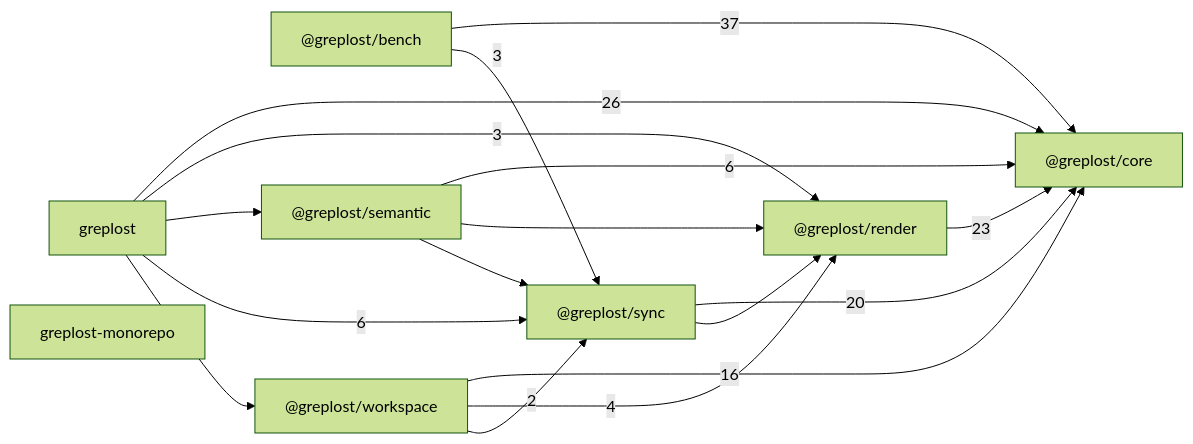
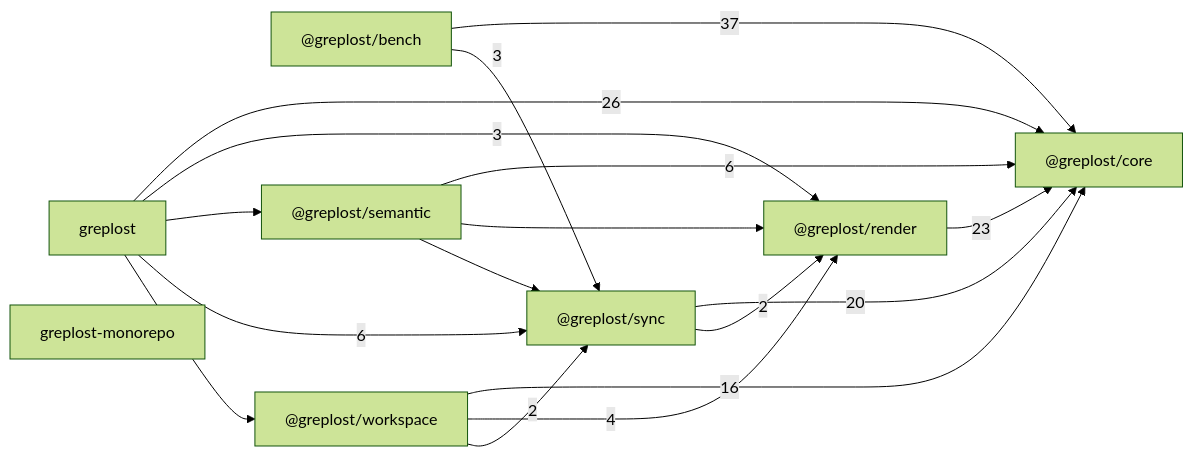
The diagram in .greplost/repo/MAP.md (sns45/greplost), drawn with Mermaid (forest theme) before and after one commit. The commit also changed other lines of this file and 30 other files, not shown here.

````diff
--- a/.greplost/repo/MAP.md
+++ b/.greplost/repo/MAP.md
@@ -21,27 +21,27 @@
 ```mermaid
 graph LR
   _greplost_bench["@greplost/bench"]
   _greplost_core["@greplost/core"]
   _greplost_render["@greplost/render"]
   _greplost_semantic["@greplost/semantic"]
   _greplost_sync["@greplost/sync"]
   _greplost_workspace["@greplost/workspace"]
   greplost["greplost"]
   greplost_monorepo["greplost-monorepo"]
   _greplost_bench -->|37| _greplost_core
   _greplost_bench -->|3| _greplost_sync
   _greplost_render -->|23| _greplost_core
   _greplost_semantic -->|6| _greplost_core
   _greplost_semantic --> _greplost_render
   _greplost_semantic --> _greplost_sync
   _greplost_sync -->|20| _greplost_core
-  _greplost_sync --> _greplost_render
+  _greplost_sync -->|2| _greplost_render
   _greplost_workspace -->|16| _greplost_core
   _greplost_workspace -->|4| _greplost_render
   _greplost_workspace -->|2| _greplost_sync
   greplost -->|26| _greplost_core
   greplost -->|3| _greplost_render
   greplost --> _greplost_semantic
   greplost -->|6| _greplost_sync
   greplost --> _greplost_workspace
 ```
````
